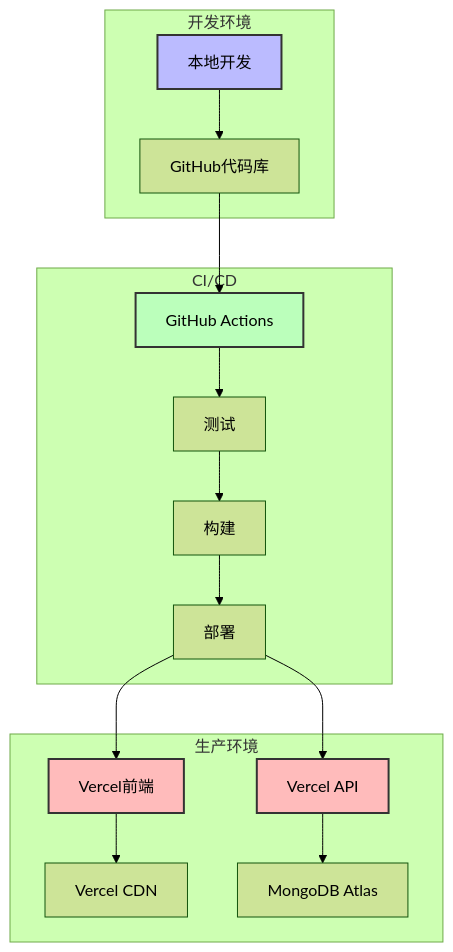
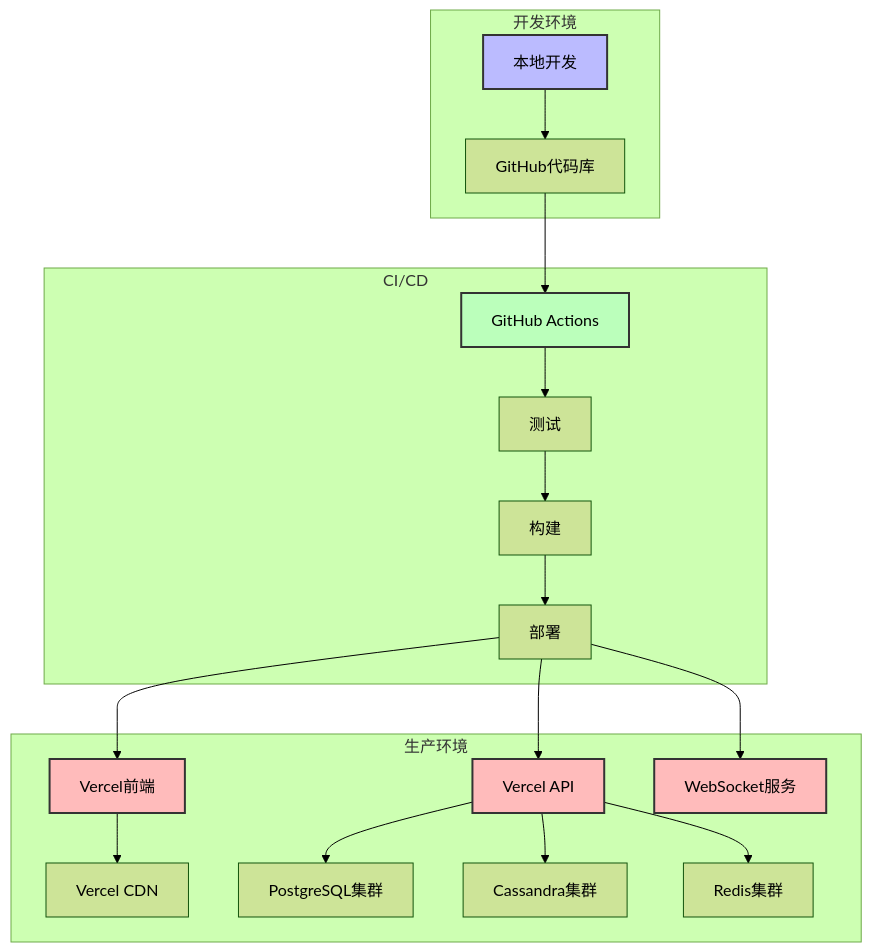
The eighth of 8 diagrams in docs/architecture/system-architecture.md (felixzhu97/social-media-project), drawn with Mermaid (forest theme) before and after one commit. The commit also changed other lines of this file and 8 other files, not shown here.

````diff
--- a/docs/architecture/system-architecture.md
+++ b/docs/architecture/system-architecture.md
@@ -222,25 +309,29 @@
 ```mermaid
 graph TD
     subgraph "开发环境"
         A[本地开发] --> B[GitHub代码库]
     end
 
     subgraph "CI/CD"
         B --> C[GitHub Actions]
         C --> D[测试]
         D --> E[构建]
         E --> F[部署]
     end
 
     subgraph "生产环境"
         F --> G[Vercel前端]
         F --> H[Vercel API]
-        G --> I[Vercel CDN]
-        H --> J[MongoDB Atlas]
+        F --> I[WebSocket服务]
+        G --> J[Vercel CDN]
+        H --> K[PostgreSQL集群]
+        H --> L[Cassandra集群]
+        H --> M[Redis集群]
     end
 
     style A fill:#bbf,stroke:#333,stroke-width:2px
     style C fill:#bfb,stroke:#333,stroke-width:2px
     style G fill:#fbb,stroke:#333,stroke-width:2px
     style H fill:#fbb,stroke:#333,stroke-width:2px
+    style I fill:#fbb,stroke:#333,stroke-width:2px
 ```
````
